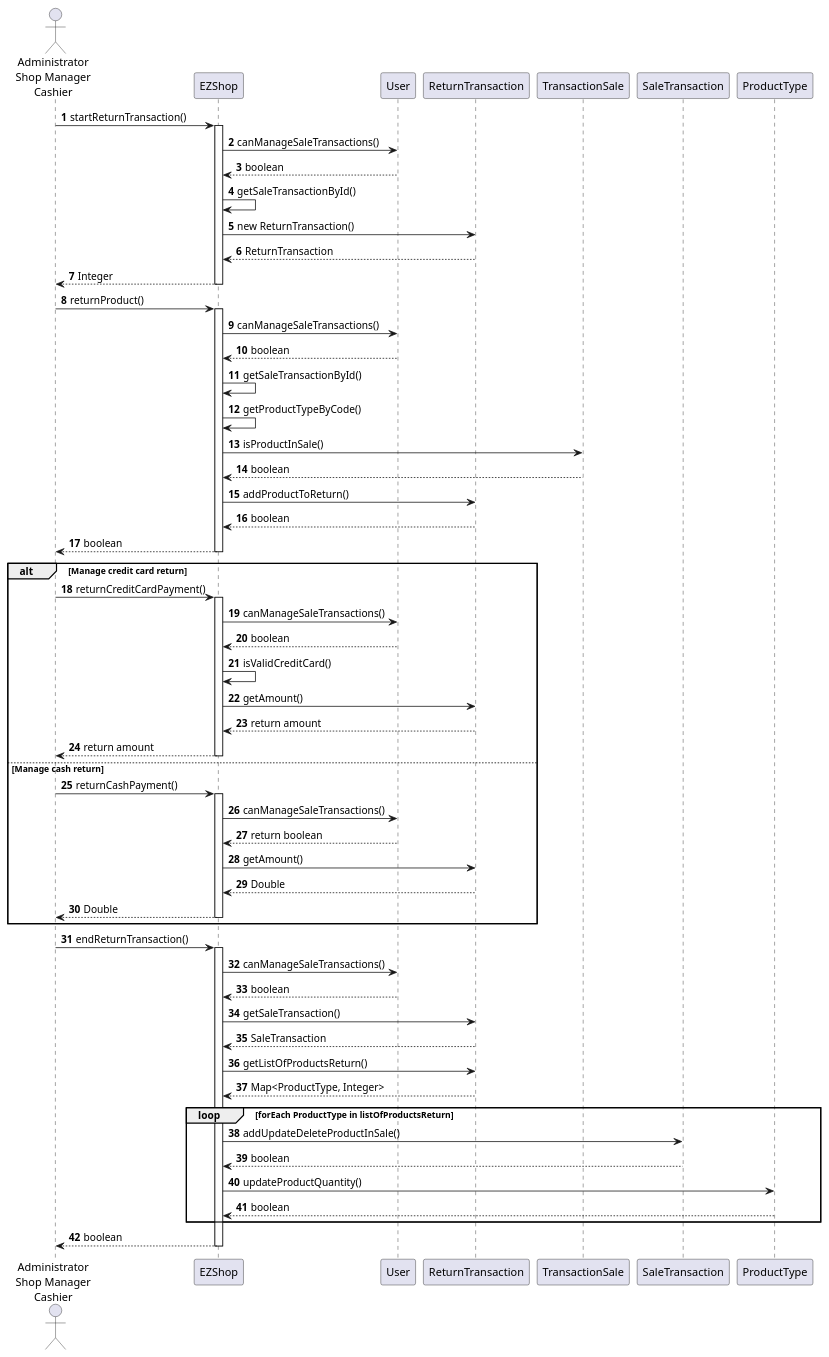
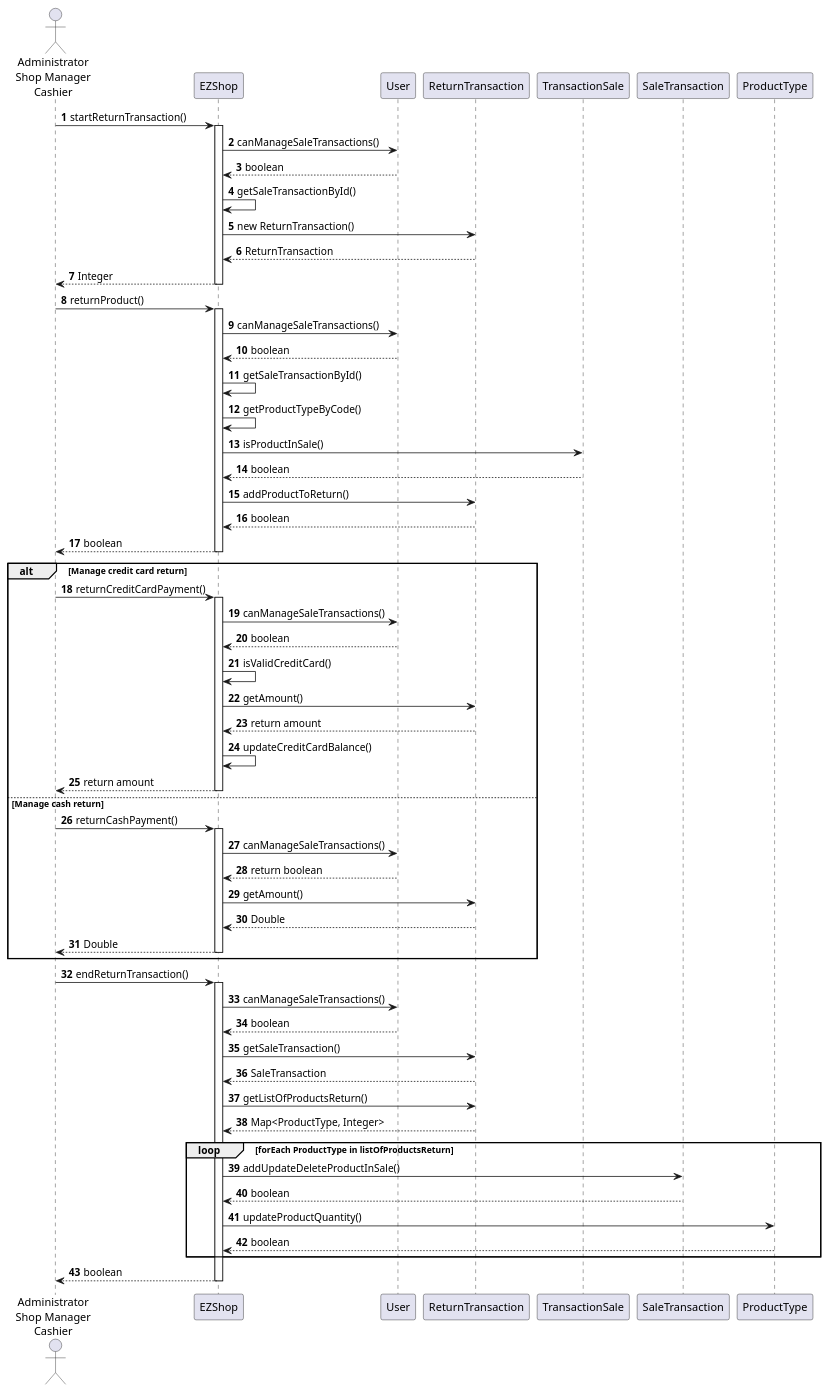
Diagram 18 of 19 in Deliverables/DesignDocument.md (gioele-scaletta/EZShop-Software-Engineering-Project), drawn with PlantUML before and after one commit. The commit also changed other lines of this file, not shown here.

````diff
--- a/Deliverables/DesignDocument.md
+++ b/Deliverables/DesignDocument.md
@@ -575,65 +612,66 @@
 ```plantuml
 actor "Administrator\nShop Manager\nCashier" as user
 
 autonumber
 user -> EZShop : startReturnTransaction()
 activate  EZShop
 EZShop -> User : canManageSaleTransactions()
 EZShop <-- User : boolean
 EZShop -> EZShop : getSaleTransactionById()
 EZShop -> ReturnTransaction : new ReturnTransaction()
 EZShop <-- ReturnTransaction : ReturnTransaction
 user <-- EZShop : Integer
 deactivate EZShop
 
 user -> EZShop : returnProduct()
 activate EZShop
 EZShop -> User : canManageSaleTransactions()
 EZShop <-- User : boolean
 EZShop -> EZShop : getSaleTransactionById()
 EZShop -> EZShop : getProductTypeByCode()
 EZShop -> TransactionSale : isProductInSale()
 EZShop <-- TransactionSale : boolean
 EZShop -> ReturnTransaction : addProductToReturn()
 EZShop <-- ReturnTransaction : boolean
 user <-- EZShop : boolean
 deactivate EZShop
 
 alt Manage credit card return
     user -> EZShop : returnCreditCardPayment()
     activate EZShop
     EZShop -> User : canManageSaleTransactions()
     EZShop <-- User : boolean
     EZShop -> EZShop : isValidCreditCard()
     EZShop -> ReturnTransaction : getAmount()
     EZShop <-- ReturnTransaction : return amount
+    EZShop -> EZShop : updateCreditCardBalance()
     user <-- EZShop : return amount
     deactivate EZShop
 else Manage cash return
     user -> EZShop : returnCashPayment()
     activate EZShop
     EZShop -> User : canManageSaleTransactions()
     EZShop <-- User : return boolean
     EZShop -> ReturnTransaction : getAmount()
     EZShop <-- ReturnTransaction : Double
     user <-- EZShop : Double
     deactivate EZShop
 end
 
 user -> EZShop : endReturnTransaction()
 activate EZShop
 EZShop -> User : canManageSaleTransactions()
 EZShop <-- User : boolean
 EZShop -> ReturnTransaction : getSaleTransaction()
 EZShop <-- ReturnTransaction : SaleTransaction
 EZShop -> ReturnTransaction : getListOfProductsReturn()
 EZShop <-- ReturnTransaction : Map<ProductType, Integer>
 loop forEach ProductType in listOfProductsReturn
     EZShop -> SaleTransaction : addUpdateDeleteProductInSale()
     EZShop <-- SaleTransaction : boolean
     EZShop -> ProductType : updateProductQuantity()
     EZShop <-- ProductType : boolean
 end
 user <-- EZShop: boolean
 deactivate EZShop
 ```
````
